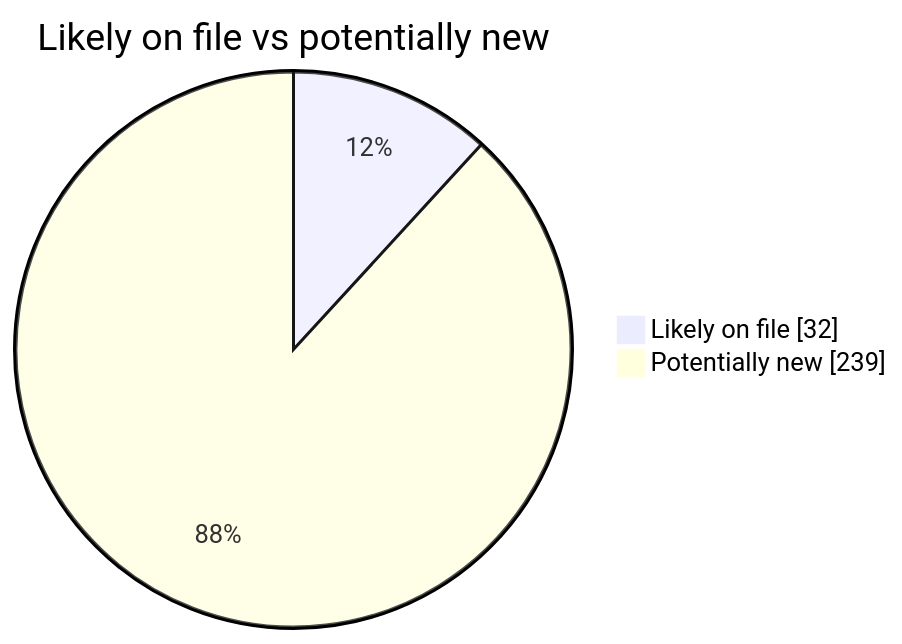
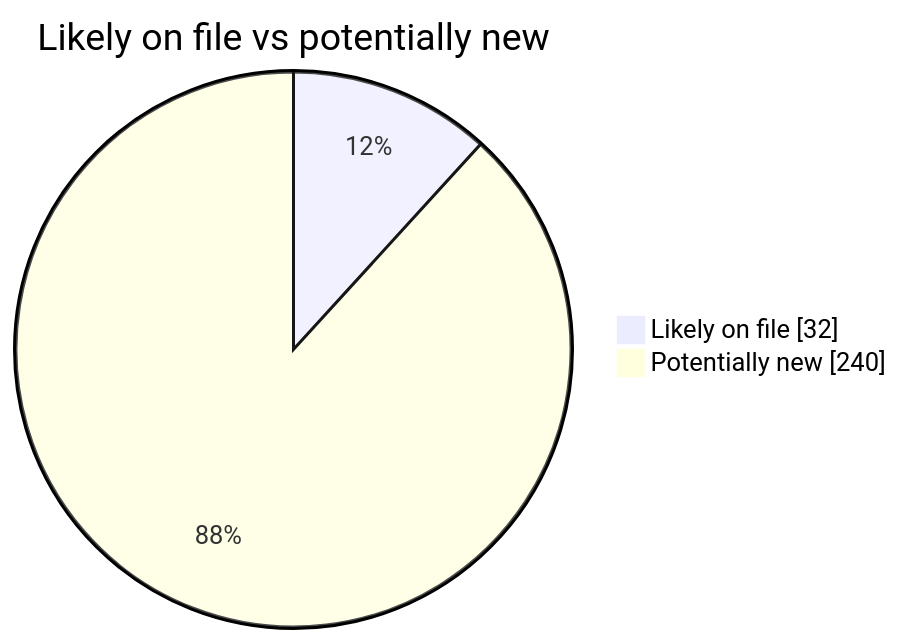
Before and after one commit to martinbalfanz/social-scanner-reports: the second of 4 diagrams in README.md, drawn with Mermaid. The commit also changed other lines of this file and 2 other files, not shown here.

````diff
--- a/README.md
+++ b/README.md
@@ -40,5 +40,5 @@
 ```mermaid
 pie showData title Likely on file vs potentially new
     "Likely on file" : 32
-    "Potentially new" : 239
+    "Potentially new" : 240
 ```
````
